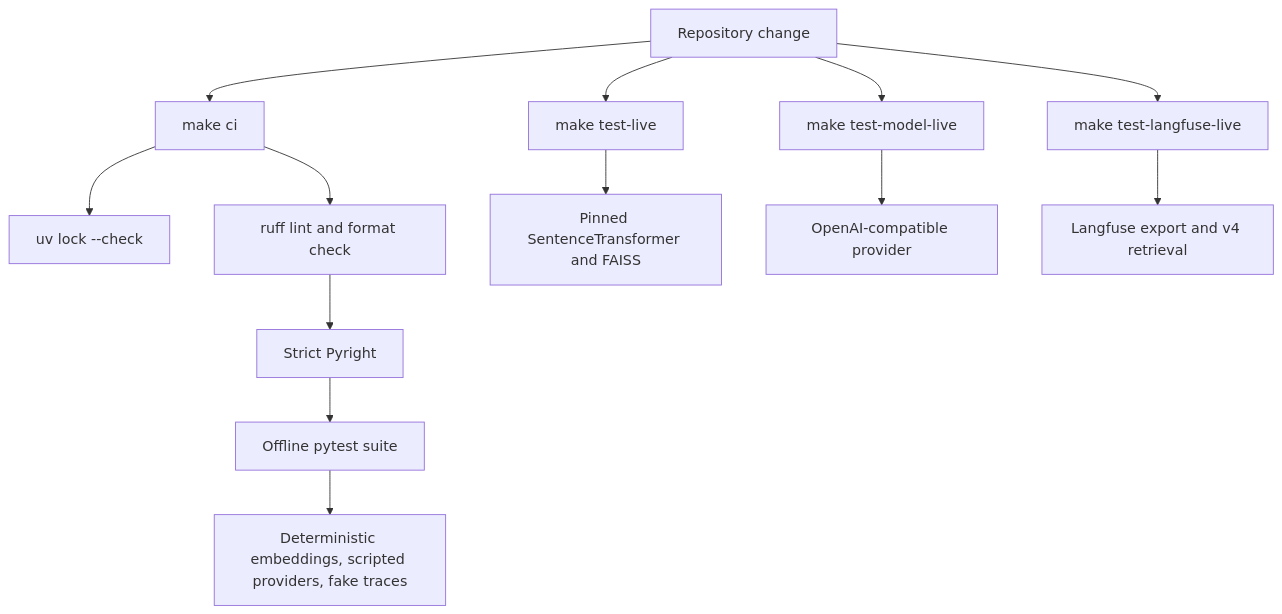
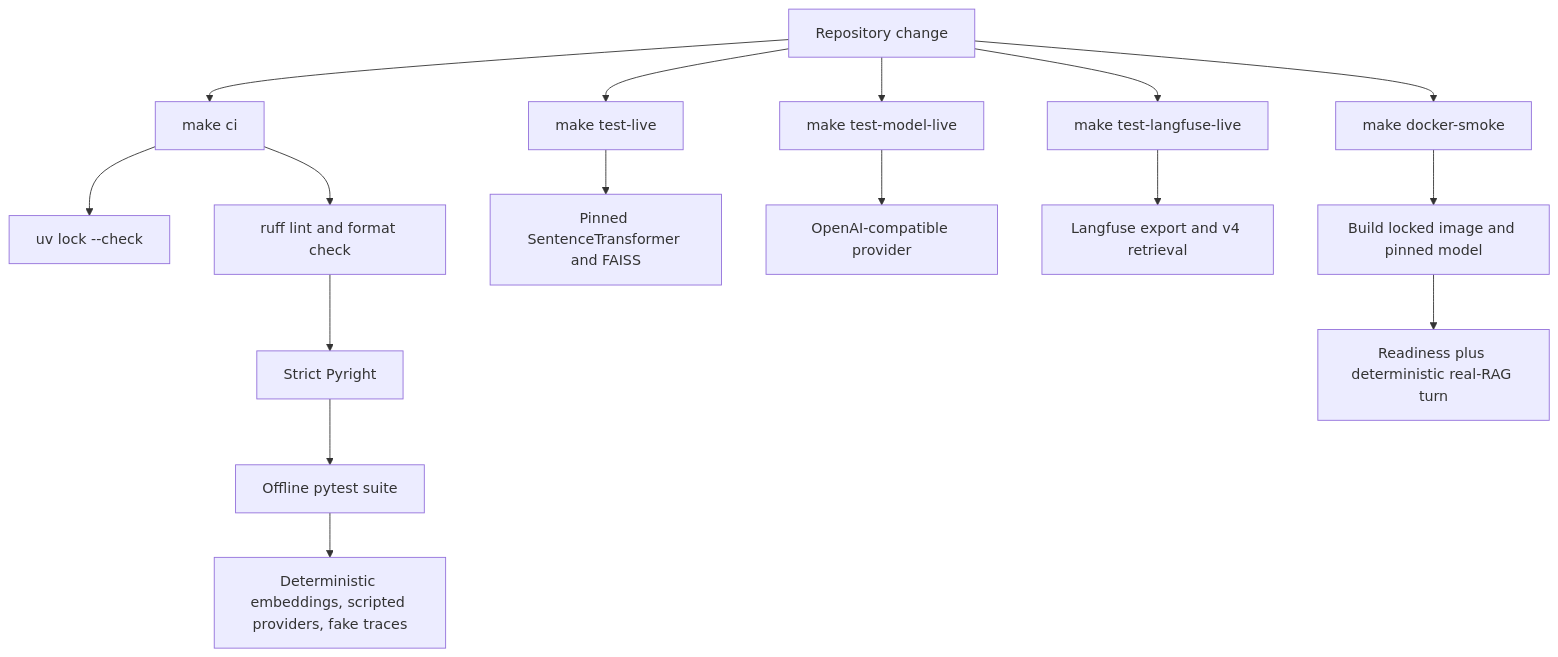
Before and after one commit to govtech-responsibleai/agentic-eval-toyapp: diagram 13 of 13 in architecture.md, drawn with Mermaid. The commit also changed other lines of this file and 20 other files, not shown here.

Commit message:
feat(toyapp): add Docker deployment and smoke checks

````diff
--- a/architecture.md
+++ b/architecture.md
@@ -617,16 +695,19 @@
 ```mermaid
 flowchart TD
     Change[Repository change] --> CI[make ci]
     CI --> Lock[uv lock --check]
     CI --> Checks[ruff lint and format check]
     Checks --> Types[Strict Pyright]
     Types --> Offline[Offline pytest suite]
     Offline --> Fakes[Deterministic embeddings, scripted providers, fake traces]
 
     Change --> LiveRetrieval[make test-live]
     LiveRetrieval --> PinnedModel[Pinned SentenceTransformer and FAISS]
     Change --> LiveModel[make test-model-live]
     LiveModel --> Provider[OpenAI-compatible provider]
     Change --> LiveTracing[make test-langfuse-live]
     LiveTracing --> Langfuse[Langfuse export and v4 retrieval]
+    Change --> Container[make docker-smoke]
+    Container --> BuildImage[Build locked image and pinned model]
+    BuildImage --> Smoke[Readiness plus deterministic real-RAG turn]
 ```
````
